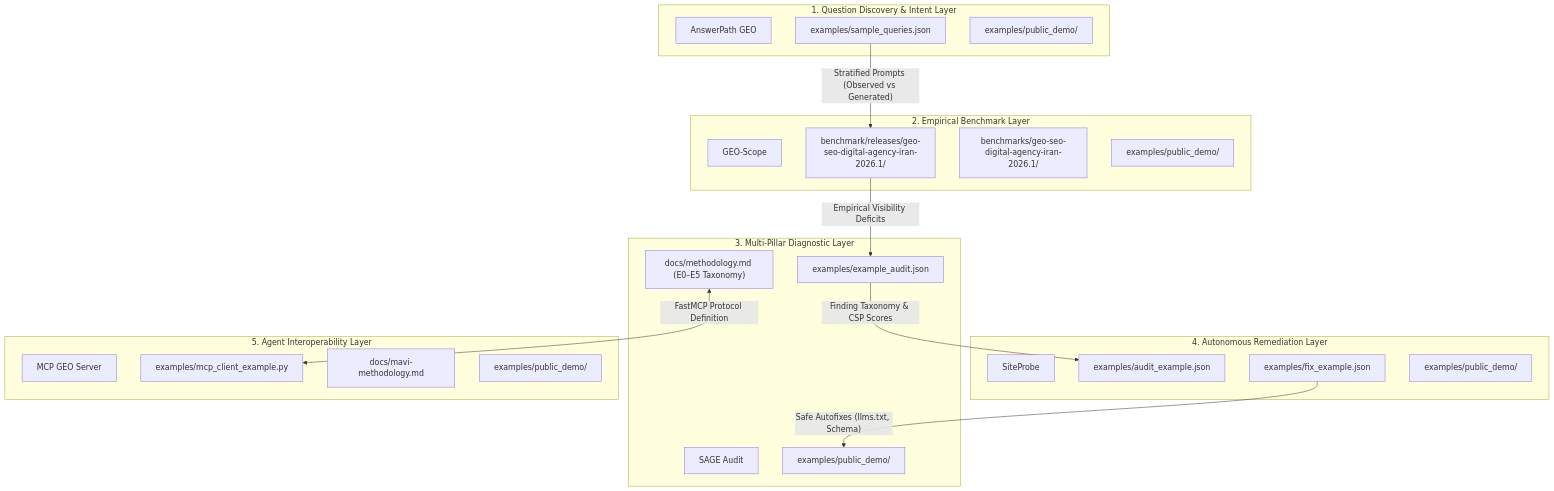
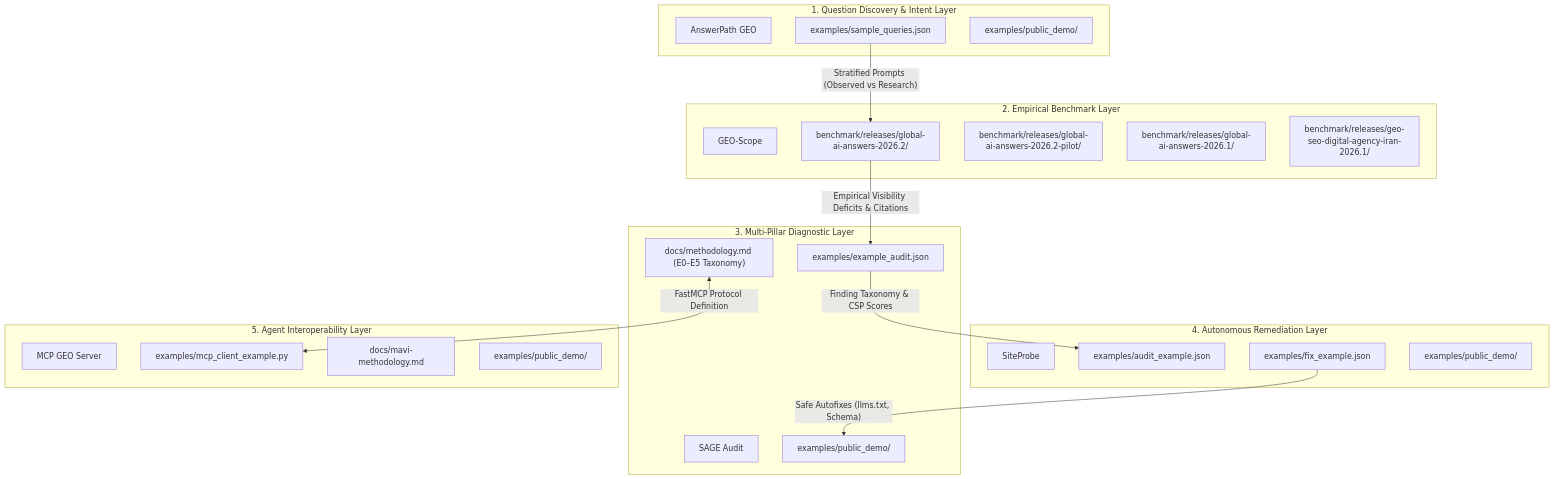
Before and after one commit to tmolavi/geo-scope: the diagram in docs/EVIDENCE_MAP.md, drawn with Mermaid. The commit also changed other lines of this file and 3 other files, not shown here.

Commit message:
docs: update GEO-Scope public evidence architecture and benchmark documentation

````diff
--- a/docs/EVIDENCE_MAP.md
+++ b/docs/EVIDENCE_MAP.md
@@ -5,42 +5,43 @@
 ```mermaid
 flowchart TD
     subgraph Step1 ["1. Question Discovery & Intent Layer"]
         AP["AnswerPath GEO"]
         AP_E1["examples/sample_queries.json"]
         AP_E2["examples/public_demo/"]
     end
 
     subgraph Step2 ["2. Empirical Benchmark Layer"]
         GS["GEO-Scope"]
-        GS_E1["benchmark/releases/geo-seo-digital-agency-iran-2026.1/"]
-        GS_E2["benchmarks/geo-seo-digital-agency-iran-2026.1/"]
-        GS_E3["examples/public_demo/"]
+        GS_E1["benchmark/releases/global-ai-answers-2026.2/"]
+        GS_E2["benchmark/releases/global-ai-answers-2026.2-pilot/"]
+        GS_E3["benchmark/releases/global-ai-answers-2026.1/"]
+        GS_E4["benchmark/releases/geo-seo-digital-agency-iran-2026.1/"]
     end
 
     subgraph Step3 ["3. Multi-Pillar Diagnostic Layer"]
         SA["SAGE Audit"]
         SA_E1["examples/example_audit.json"]
         SA_E2["docs/methodology.md (E0–E5 Taxonomy)"]
         SA_E3["examples/public_demo/"]
     end
 
     subgraph Step4 ["4. Autonomous Remediation Layer"]
         SP["SiteProbe"]
         SP_E1["examples/audit_example.json"]
         SP_E2["examples/fix_example.json"]
         SP_E3["examples/public_demo/"]
     end
 
     subgraph Step5 ["5. Agent Interoperability Layer"]
         MCP["MCP GEO Server"]
         MCP_E1["examples/mcp_client_example.py"]
         MCP_E2["docs/mavi-methodology.md"]
         MCP_E3["examples/public_demo/"]
     end
 
-    AP_E1 -->|"Stratified Prompts (Observed vs Generated)"| GS_E1
-    GS_E1 -->|"Empirical Visibility Deficits"| SA_E1
+    AP_E1 -->|"Stratified Prompts (Observed vs Research)"| GS_E1
+    GS_E1 -->|"Empirical Visibility Deficits & Citations"| SA_E1
     SA_E1 -->|"Finding Taxonomy & CSP Scores"| SP_E1
     SP_E2 -->|"Safe Autofixes (llms.txt, Schema)"| SA_E3
     SA_E2 <-->|"FastMCP Protocol Definition"| MCP_E1
 ```
````
